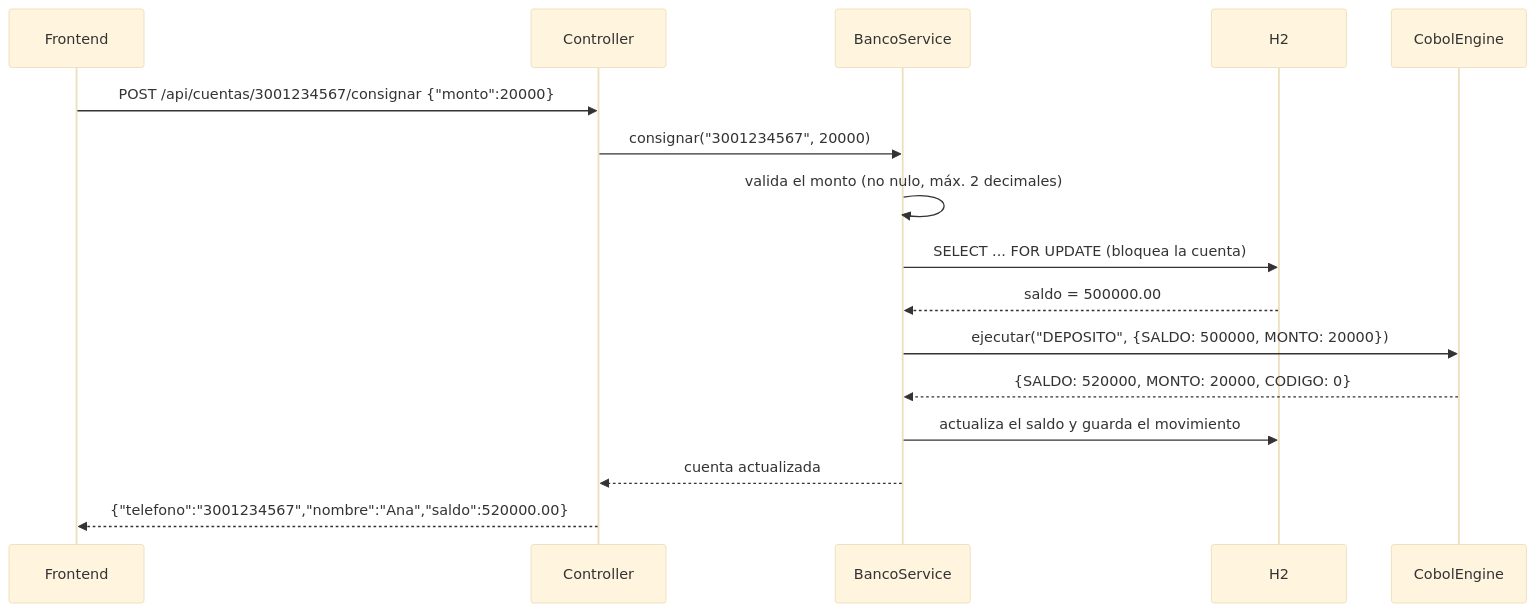
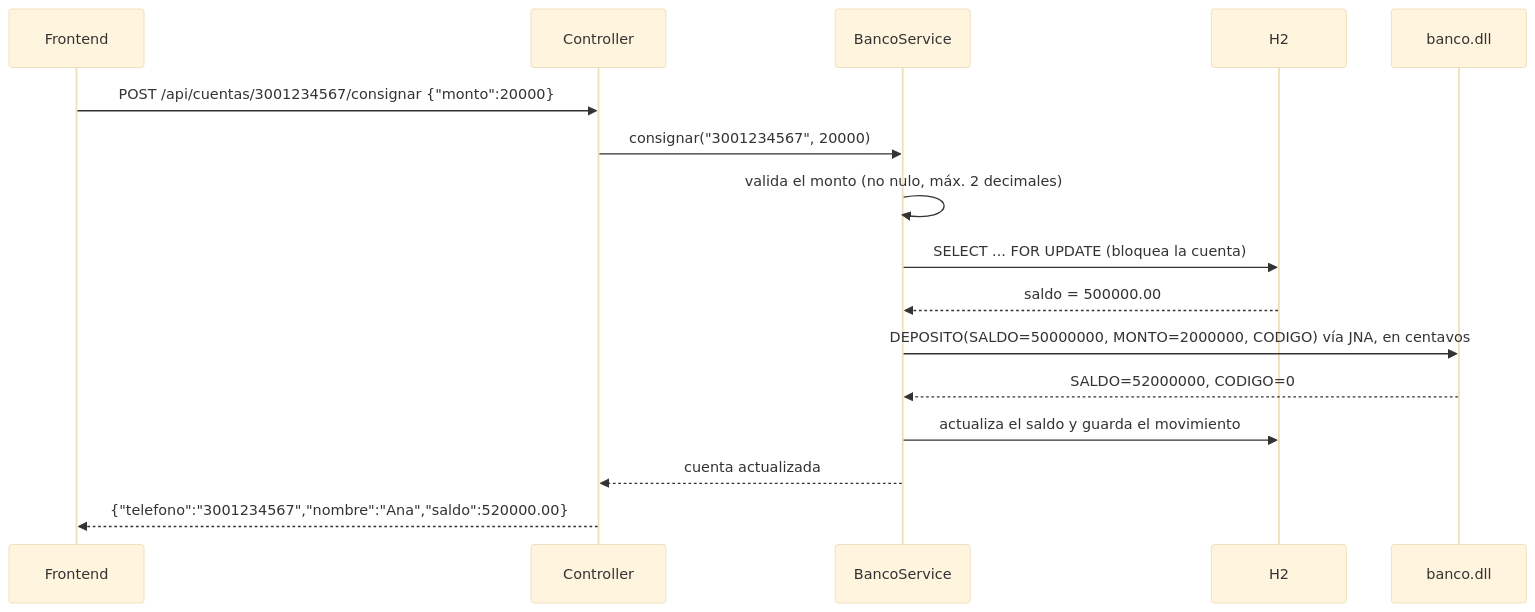
The second of 2 diagrams in doc/arquitectura.md (Marlonnxz/Bancobol), drawn with Mermaid (base theme) before and after one commit. The commit also changed other lines of this file and 26 other files, not shown here.

````diff
--- a/doc/arquitectura.md
+++ b/doc/arquitectura.md
@@ -32,18 +44,18 @@
 ```mermaid
 sequenceDiagram
     participant U as Frontend
     participant C as Controller
     participant S as BancoService
     participant DB as H2
-    participant E as CobolEngine
+    participant E as banco.dll
     U->>C: POST /api/cuentas/3001234567/consignar {"monto":20000}
     C->>S: consignar("3001234567", 20000)
     S->>S: valida el monto (no nulo, máx. 2 decimales)
     S->>DB: SELECT ... FOR UPDATE (bloquea la cuenta)
     DB-->>S: saldo = 500000.00
-    S->>E: ejecutar("DEPOSITO", {SALDO: 500000, MONTO: 20000})
-    E-->>S: {SALDO: 520000, MONTO: 20000, CODIGO: 0}
+    S->>E: DEPOSITO(SALDO=50000000, MONTO=2000000, CODIGO) vía JNA, en centavos
+    E-->>S: SALDO=52000000, CODIGO=0
     S->>DB: actualiza el saldo y guarda el movimiento
     S-->>C: cuenta actualizada
     C-->>U: {"telefono":"3001234567","nombre":"Ana","saldo":520000.00}
 ```
````
